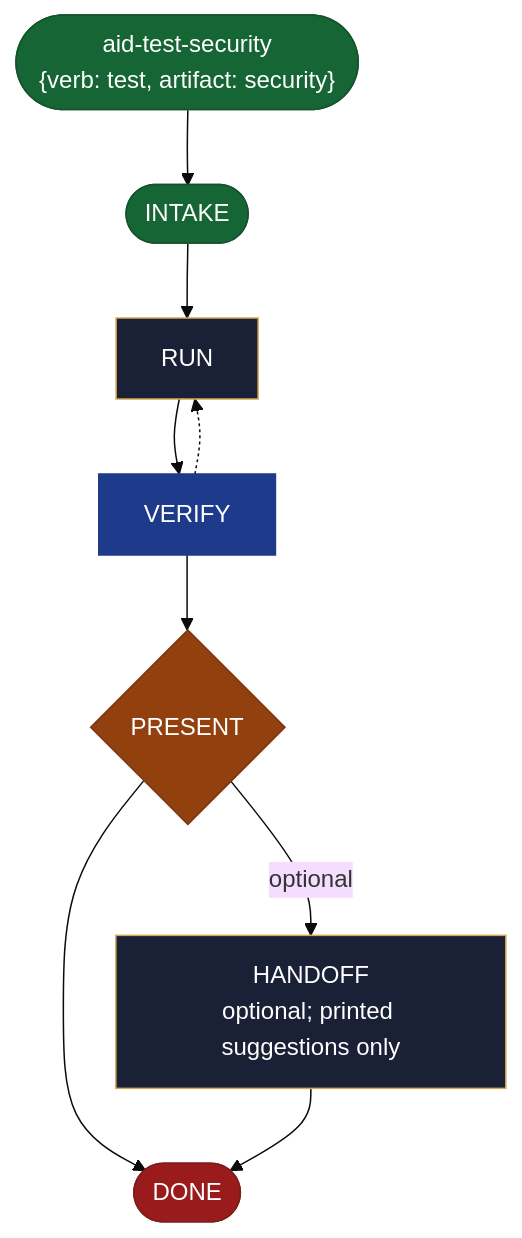
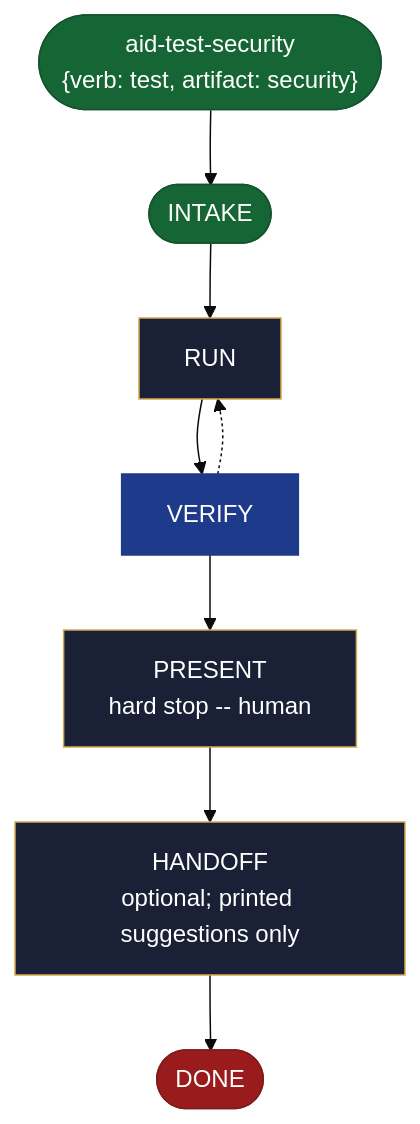
The diagram in site/src/content/docs/skills/aid-test-security.md (AndreVianna/aid-methodology), drawn with Mermaid (base theme) before and after one commit. The commit also changed other lines of this file and 49 other files, not shown here.

````diff
--- a/site/src/content/docs/skills/aid-test-security.md
+++ b/site/src/content/docs/skills/aid-test-security.md
@@ -20,38 +20,37 @@
 ```mermaid
 flowchart TB
   classDef aidNode color:#fff
   classDef aidEntry fill:#166534,stroke:#14532d,color:#fff
   classDef aidExit fill:#991b1b,stroke:#7f1d1d,color:#fff
   classDef aidDecision fill:#92400e,stroke:#78350f,color:#fff
   classDef aidLoopBack fill:#1e3a8a,stroke:#1e3a8a,color:#fff
   classDef aidStep fill:#1a2035,stroke:#d4a853,color:#f1f5f9
   n1(["aid-test-security<br/>{verb: test, artifact: security}"])
   n2(["INTAKE"])
   n3["RUN"]
   n4["VERIFY"]
-  n5{"PRESENT"}
+  n5["PRESENT<br/>hard stop -- human"]
   n6["HANDOFF<br/>optional; printed suggestions only"]
   n7(["DONE"])
   n1 --> n2
   n2 --> n3
   n3 --> n4
   n4 -.-> n3
   n4 --> n5
-  n5 -->|"optional"| n6
-  n5 --> n7
+  n5 --> n6
   n6 --> n7
   class n1 aidEntry
   class n2 aidEntry
   class n3 aidStep
   class n4 aidLoopBack
-  class n5 aidDecision
+  class n5 aidStep
   class n6 aidStep
   class n7 aidExit
   class n1 aidNode
   class n2 aidNode
   class n3 aidNode
   class n4 aidNode
   class n5 aidNode
   class n6 aidNode
   class n7 aidNode
 ```
````
